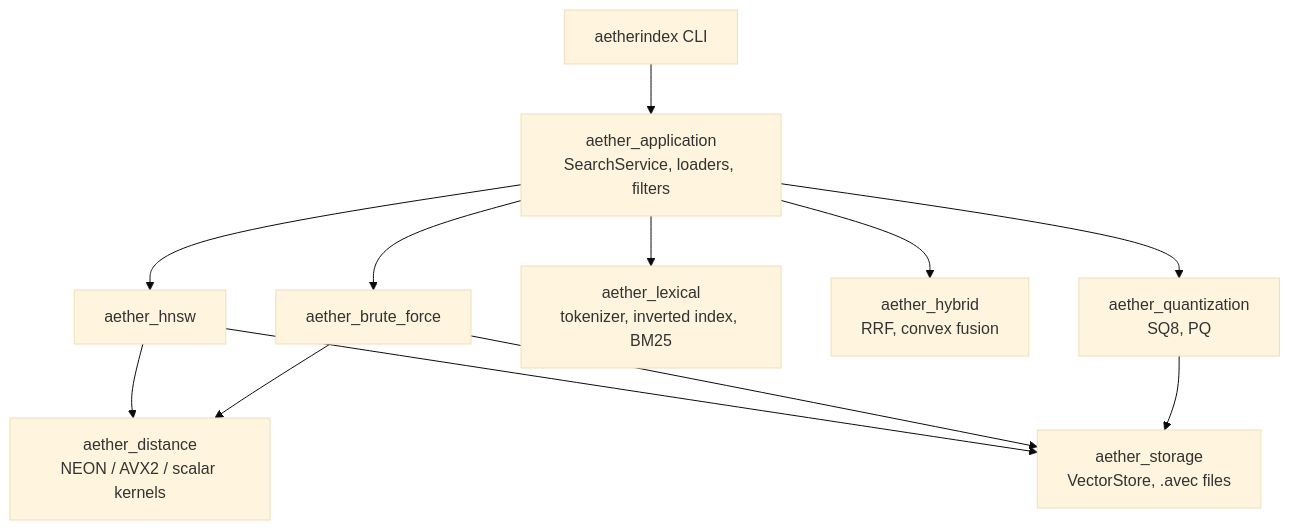
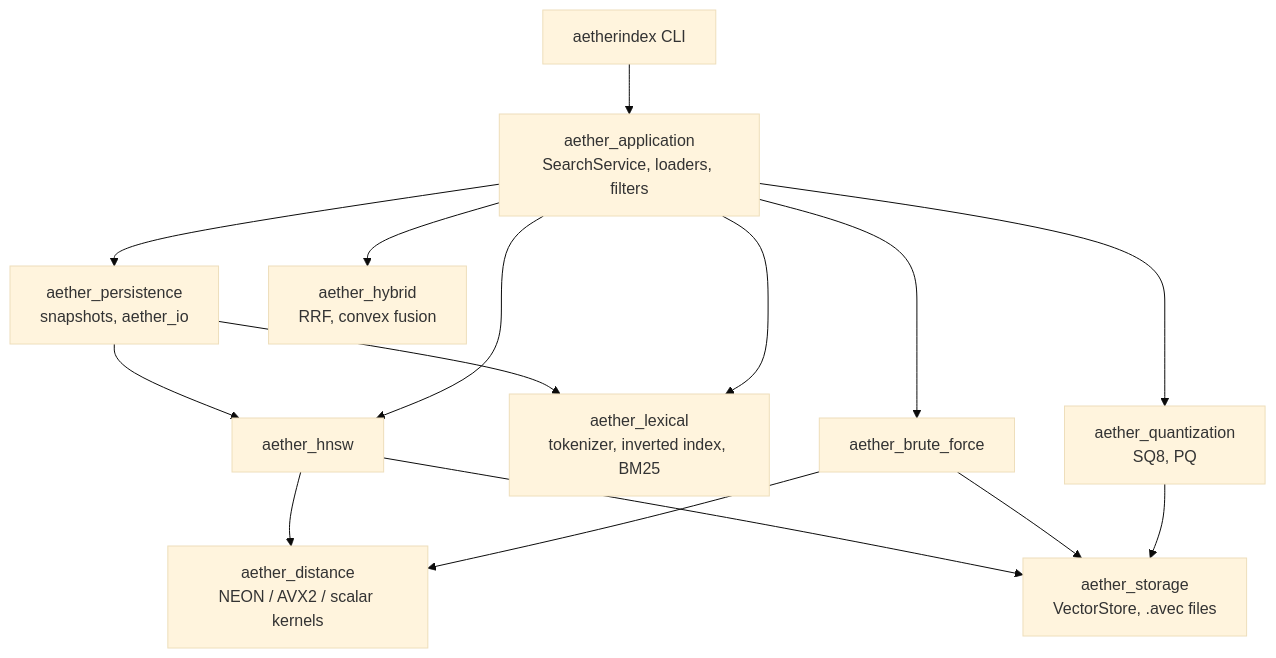
One commit to Esteban-Gonzalez-Cer/aetherindex changed the diagram in README.md. Above: the diagram before and after it, drawn with Mermaid (base theme). The commit also changed other lines of this file and 13 other files, not shown here.

````diff
--- a/README.md
+++ b/README.md
@@ -126,14 +137,17 @@
 ```mermaid
 graph TD
     CLI[aetherindex CLI] --> APP[aether_application<br/>SearchService, loaders, filters]
+    APP --> PERSIST[aether_persistence<br/>snapshots, aether_io]
+    PERSIST --> HNSW
+    PERSIST --> LEX
     APP --> HNSW[aether_hnsw]
     APP --> BF[aether_brute_force]
     APP --> LEX[aether_lexical<br/>tokenizer, inverted index, BM25]
     APP --> HYB[aether_hybrid<br/>RRF, convex fusion]
     APP --> Q[aether_quantization<br/>SQ8, PQ]
     HNSW --> DIST[aether_distance<br/>NEON / AVX2 / scalar kernels]
     BF --> DIST
     HNSW --> STORE[aether_storage<br/>VectorStore, .avec files]
     BF --> STORE
     Q --> STORE
 ```
````
